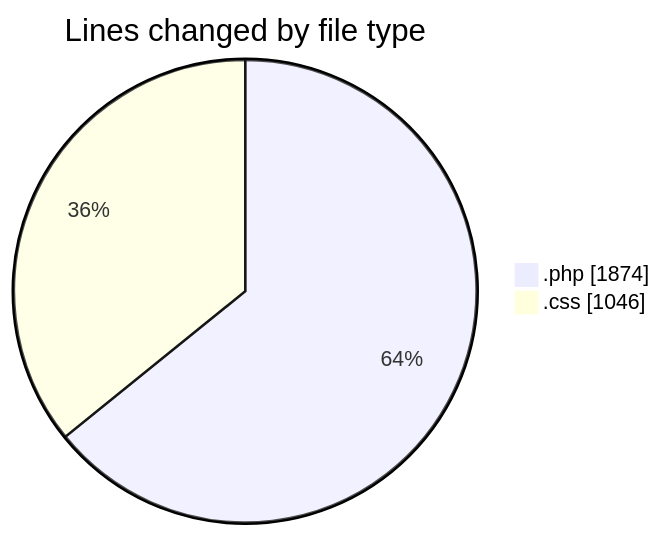
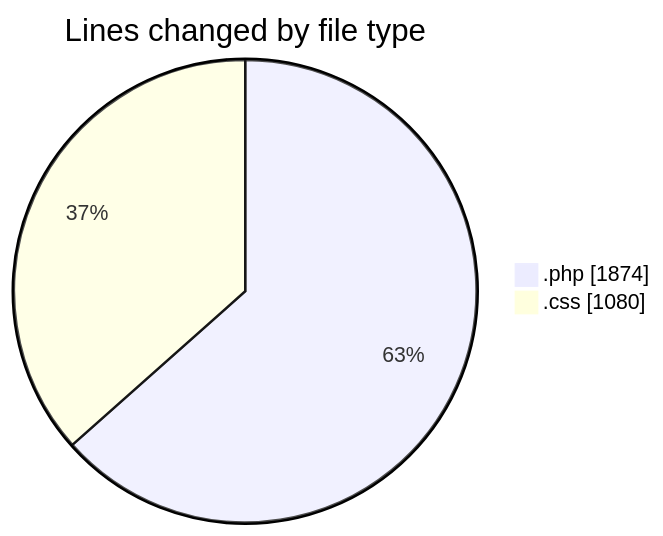
Before and after one commit to debugP/code-tracking: the first of 2 diagrams in 2026-08-14/untitled__workspace_/README.md, drawn with Mermaid. The commit also changed other lines of this file and 1 other file, not shown here.

````diff
--- a/2026-08-14/untitled__workspace_/README.md
+++ b/2026-08-14/untitled__workspace_/README.md
@@ -22,6 +22,6 @@
 ```mermaid
 pie showData
 title Lines changed by file type
 ".php" : 1874
-".css" : 1046
+".css" : 1080
 ```
````
